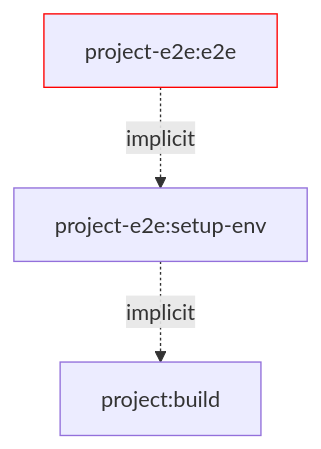
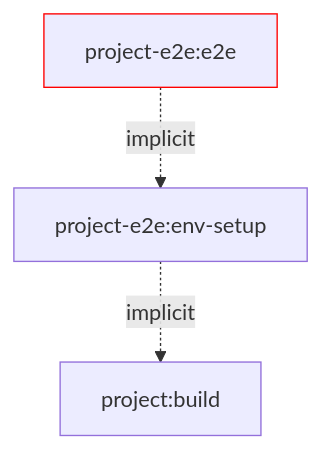
One commit to push-based/nx-verdaccio changed the third of 3 diagrams in README.md. Above: the diagram before and after it, drawn with Mermaid. The commit also changed other lines of this file, not shown here.

````diff
--- a/README.md
+++ b/README.md
@@ -290,6 +290,6 @@
 ```mermaid
 flowchart TB
-P[project-e2e:e2e]:::e2e-.implicit.->S[project-e2e:setup-env]:::build;
+P[project-e2e:e2e]:::e2e-.implicit.->S[project-e2e:env-setup]:::build;
 S-.implicit.->E[project:build]:::build;
 classDef e2e stroke:#f00
 ```
````
